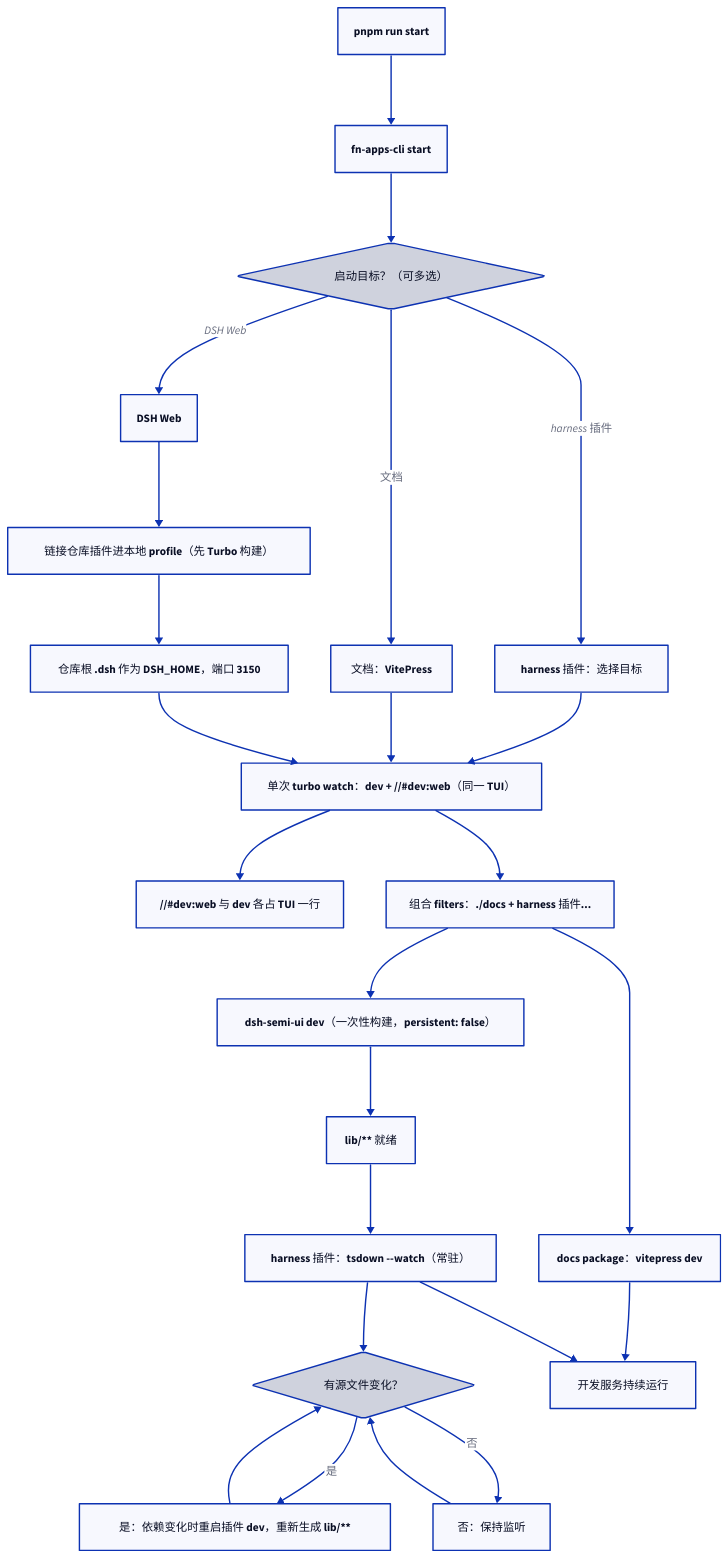
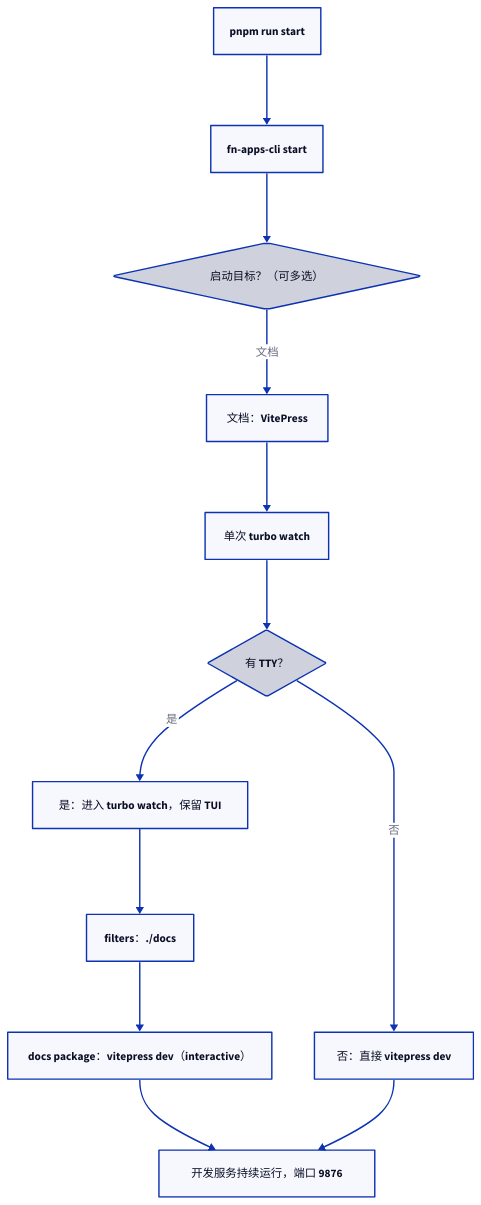
One commit to tnnevol/fn-os-apps changed the third of 12 diagrams in docs/development/package-tasks-and-turbo.md. Above: the diagram before and after it, drawn with D2. The commit also changed other lines of this file and 504 other files, not shown here.

First line of the commit message:
refactor(dsh): drop DeepSeek Harness app, plugins and docs

````diff
--- a/docs/development/package-tasks-and-turbo.md
+++ b/docs/development/package-tasks-and-turbo.md
@@ -145,48 +120,30 @@
 ```d2
 direction: down
 
 command: "pnpm run start"
 cli: "fn-apps-cli start"
 select: {
   label: "启动目标？（可多选）"
   shape: diamond
 }
-plugins: "harness 插件：选择目标"
 docs: "文档：VitePress"
-web: "DSH Web"
-webPlugins: "链接仓库插件进本地 profile（先 Turbo 构建）"
-webUi: "//#dev:web 与 dev 各占 TUI 一行"
-webEnv: "仓库根 .dsh 作为 DSH_HOME，端口 3150"
-turbo: "单次 turbo watch：dev + //#dev:web（同一 TUI）"
-filters: "组合 filters：./docs + harness 插件..."
-depDev: "dsh-semi-ui dev（一次性构建，persistent: false）"
-depDone: "lib/** 就绪"
-pluginWatch: "harness 插件：tsdown --watch（常驻）"
-docsWatch: "docs package：vitepress dev"
-changeStatus: {
-  label: "有源文件变化？"
+turbo: "单次 turbo watch"
+filters: "filters：./docs"
+docsDev: "docs package：vitepress dev（interactive）"
+tty: {
+  label: "有 TTY？"
   shape: diamond
 }
-rebuild: "是：依赖变化时重启插件 dev，重新生成 lib/**"
-keep: "否：保持监听"
-services: "开发服务持续运行"
+inWatch: "是：进入 turbo watch，保留 TUI"
+direct: "否：直接 vitepress dev"
+services: "开发服务持续运行，端口 9876"
 
 command -> cli -> select
-select -> plugins: harness 插件
 select -> docs: 文档
-select -> web: DSH Web
-web -> webPlugins -> webEnv
-plugins -> turbo
 docs -> turbo
-webEnv -> turbo
-turbo -> webUi
-turbo -> filters
-filters -> depDev -> depDone -> pluginWatch
-filters -> docsWatch -> services
-pluginWatch -> changeStatus
-changeStatus -> rebuild: 是
-changeStatus -> keep: 否
-rebuild -> changeStatus
-keep -> changeStatus
-pluginWatch -> services
+turbo -> tty
+tty -> inWatch: 是
+tty -> direct: 否
+inWatch -> filters -> docsDev -> services
+direct -> services
 ```
````
